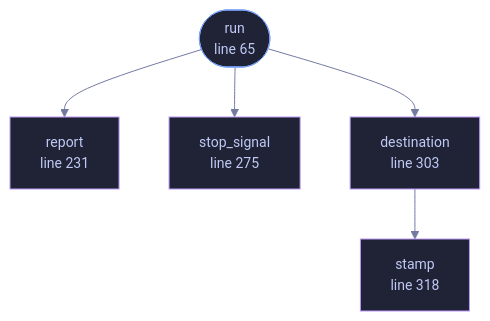
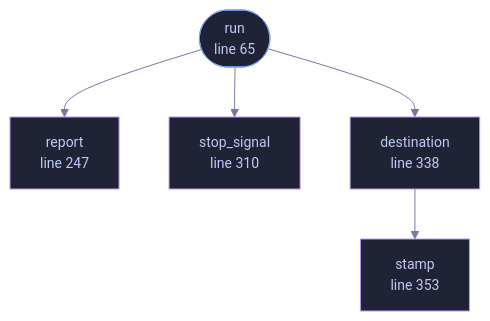
One commit to tilas01/veilvoice changed the diagram in wiki/File-veilvoice-cli-record.md. Above: the diagram before and after it, drawn with Mermaid. The commit also changed other lines of this file and 61 other files, not shown here.

````diff
--- a/wiki/File-veilvoice-cli-record.md
+++ b/wiki/File-veilvoice-cli-record.md
@@ -85,22 +85,22 @@
 ```mermaid
 %%{init: {"theme":"base","themeVariables":{"background":"#1a1b26","primaryColor":"#1f2335","primaryTextColor":"#c0caf5","primaryBorderColor":"#7aa2f7","secondaryColor":"#16161e","tertiaryColor":"#16161e","lineColor":"#737aa2","textColor":"#c0caf5","mainBkg":"#1f2335","nodeBorder":"#7aa2f7","clusterBkg":"#16161e","clusterBorder":"#2f3549","fontFamily":"ui-monospace, SFMono-Regular, Consolas, monospace","fontSize":"14px"}}}%%
 flowchart TD
     n_run(["run<br/>line 65"])
-    n_report["report<br/>line 231"]
-    n_stop_signal["stop_signal<br/>line 275"]
-    n_destination["destination<br/>line 303"]
-    n_stamp["stamp<br/>line 318"]
+    n_report["report<br/>line 247"]
+    n_stop_signal["stop_signal<br/>line 310"]
+    n_destination["destination<br/>line 338"]
+    n_stamp["stamp<br/>line 353"]
     n_destination --> n_stamp
     n_run --> n_destination
     n_run --> n_report
     n_run --> n_stop_signal
     click n_run href "https://github.com/tilas01/veilvoice/blob/main/crates/veilvoice-cli/src/record.rs#L65" "open the source"
-    click n_report href "https://github.com/tilas01/veilvoice/blob/main/crates/veilvoice-cli/src/record.rs#L231" "open the source"
-    click n_stop_signal href "https://github.com/tilas01/veilvoice/blob/main/crates/veilvoice-cli/src/record.rs#L275" "open the source"
-    click n_destination href "https://github.com/tilas01/veilvoice/blob/main/crates/veilvoice-cli/src/record.rs#L303" "open the source"
-    click n_stamp href "https://github.com/tilas01/veilvoice/blob/main/crates/veilvoice-cli/src/record.rs#L318" "open the source"
+    click n_report href "https://github.com/tilas01/veilvoice/blob/main/crates/veilvoice-cli/src/record.rs#L247" "open the source"
+    click n_stop_signal href "https://github.com/tilas01/veilvoice/blob/main/crates/veilvoice-cli/src/record.rs#L310" "open the source"
+    click n_destination href "https://github.com/tilas01/veilvoice/blob/main/crates/veilvoice-cli/src/record.rs#L338" "open the source"
+    click n_stamp href "https://github.com/tilas01/veilvoice/blob/main/crates/veilvoice-cli/src/record.rs#L353" "open the source"
     classDef entry fill:#1f2335,stroke:#7aa2f7,color:#c0caf5
     class n_run entry
     classDef helper fill:#1f2335,stroke:#bb9af7,color:#c0caf5
     class n_report,n_stop_signal,n_destination,n_stamp helper
 ```
````
